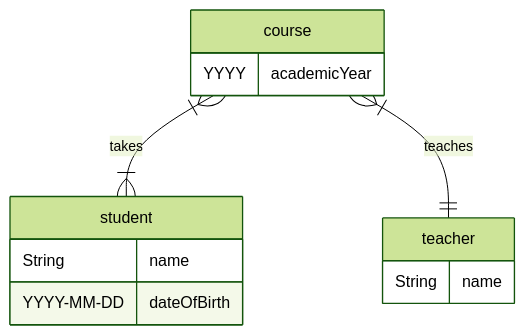
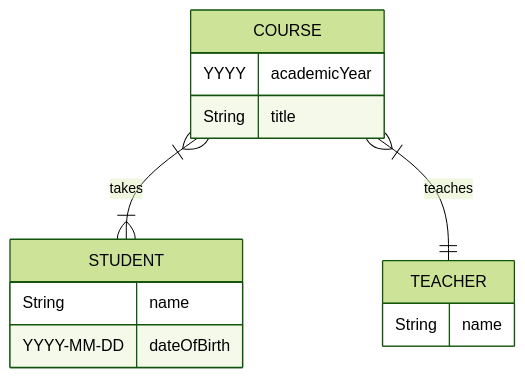
The second of 3 diagrams in d/data_model.md (conmaol/maglocunus), drawn with Mermaid (forest theme) before and after one commit. The commit also changed other lines of this file, not shown here.

First line of the commit message:
Enhance data model documentation and diagrams

````diff
--- a/d/data_model.md
+++ b/d/data_model.md
@@ -73,13 +73,16 @@
 ```mermaid
 erDiagram
-    course }|--|{ student : takes
-    course }|--|| teacher : teaches
-    course { YYYY academicYear }
-    student {
+    COURSE }|--|{ STUDENT : takes
+    COURSE }|--|| TEACHER : teaches
+    COURSE {
+      YYYY academicYear
+      String title
+    }
+    STUDENT {
         String name
         YYYY-MM-DD dateOfBirth
     }
-    teacher {
+    TEACHER {
         String name
     }
 ```
````
